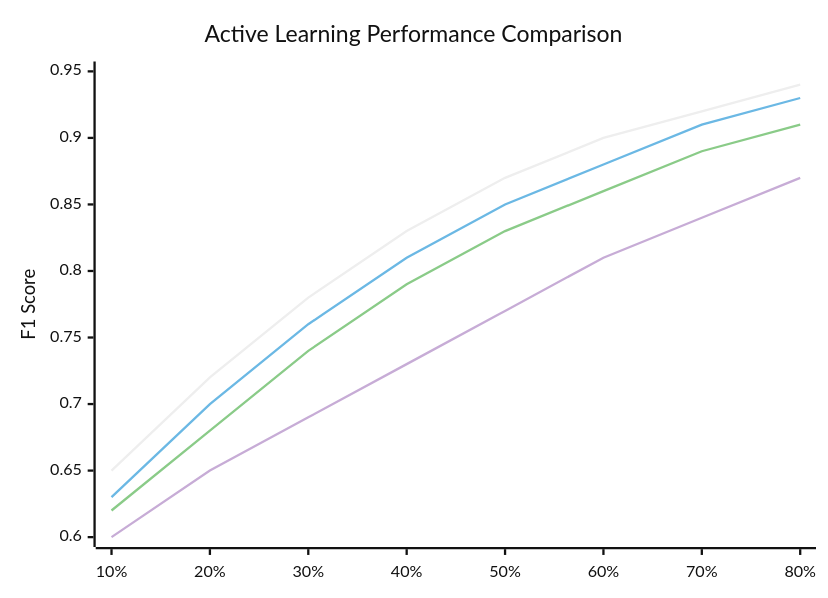
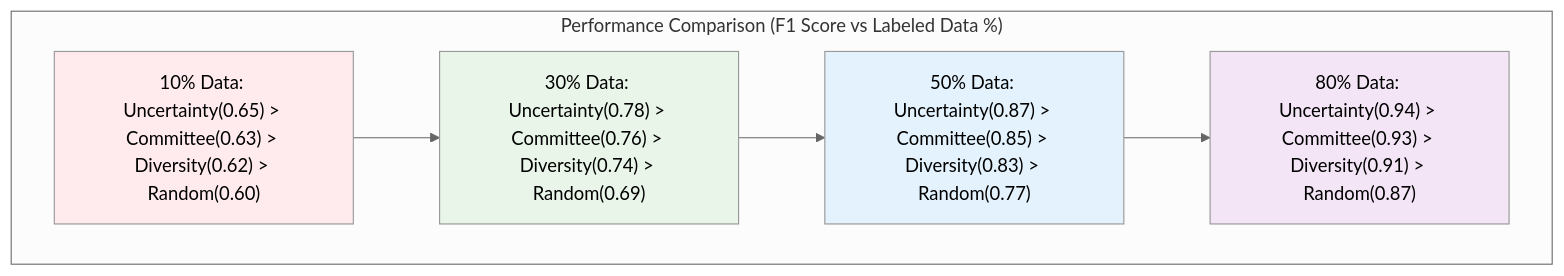
The seventh of 7 diagrams in README.md (Ismat-Samadov/nobel_prize_winners), drawn with Mermaid (neutral theme) before and after one commit. The commit also changed other lines of this file, not shown here.

````diff
--- a/README.md
+++ b/README.md
@@ -440,10 +461,18 @@
 ```mermaid
-xychart-beta
-    title "Active Learning Performance Comparison"
-    x-axis ["10%", "20%", "30%", "40%", "50%", "60%", "70%", "80%"]
-    y-axis "F1 Score" 0.60 --> 0.95
-    line "Uncertainty Sampling" [0.65, 0.72, 0.78, 0.83, 0.87, 0.90, 0.92, 0.94]
-    line "Query by Committee" [0.63, 0.70, 0.76, 0.81, 0.85, 0.88, 0.91, 0.93]
-    line "Diversity Sampling" [0.62, 0.68, 0.74, 0.79, 0.83, 0.86, 0.89, 0.91]
-    line "Random Baseline" [0.60, 0.65, 0.69, 0.73, 0.77, 0.81, 0.84, 0.87]
+graph TD
+    subgraph "Performance Comparison (F1 Score vs Labeled Data %)"
+        A["10% Data: Uncertainty(0.65) > Committee(0.63) > Diversity(0.62) > Random(0.60)"]
+        B["30% Data: Uncertainty(0.78) > Committee(0.76) > Diversity(0.74) > Random(0.69)"]
+        C["50% Data: Uncertainty(0.87) > Committee(0.85) > Diversity(0.83) > Random(0.77)"]
+        D["80% Data: Uncertainty(0.94) > Committee(0.93) > Diversity(0.91) > Random(0.87)"]
+        
+        A --> B
+        B --> C
+        C --> D
+    end
+    
+    style A fill:#ffebee
+    style B fill:#e8f5e8
+    style C fill:#e3f2fd
+    style D fill:#f3e5f5
 ```
````
